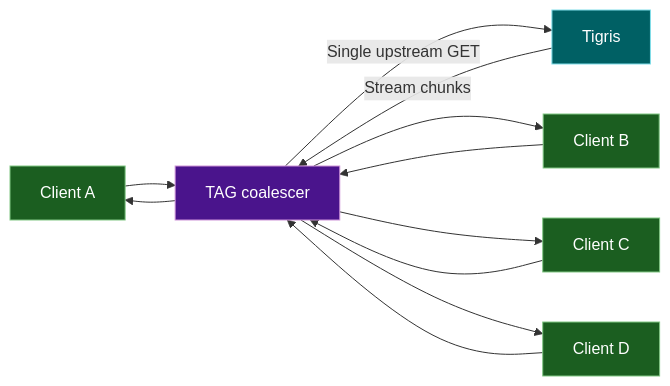
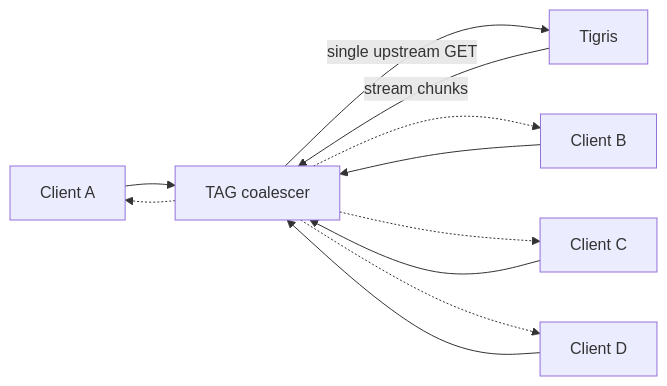
The second of 4 diagrams in docs/acceleration-gateway/index.mdx (tigrisdata/tigris-os-docs), drawn with Mermaid before and after one commit. The commit also changed other lines of this file and 18 other files, not shown here.

First line of the commit message:
feat: replace mermaid diagrams with Excalidraw-style SVG components

`````diff
--- a/docs/acceleration-gateway/index.mdx
+++ b/docs/acceleration-gateway/index.mdx
@@ -130,17 +133,10 @@
 ```mermaid
 flowchart LR
-    classDef client fill:#1b5e20,stroke:#81c784,color:#fff
-    classDef tag fill:#4a148c,stroke:#ce93d8,color:#fff
-    classDef upstream fill:#006064,stroke:#80deea,color:#fff
-
-    A[Client A]:::client --> T[TAG coalescer]:::tag
-    B[Client B]:::client --> T
-    C[Client C]:::client --> T
-    D[Client D]:::client --> T
-    T -->|Single upstream GET| U[Tigris]:::upstream
-    U -->|Stream chunks| T
-    T --> A
-    T --> B
-    T --> C
-    T --> D
-````
+    A[Client A] --> T[TAG coalescer]
+    B[Client B] --> T
+    C[Client C] --> T
+    D[Client D] --> T
+    T -->|single upstream GET| U[Tigris]
+    U -->|stream chunks| T
+    T -.-> A & B & C & D
+```
`````
